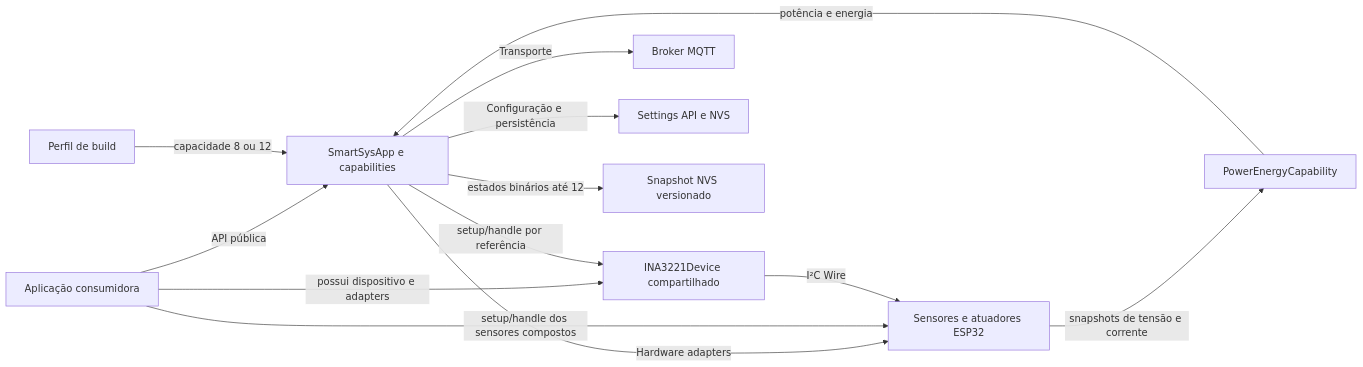
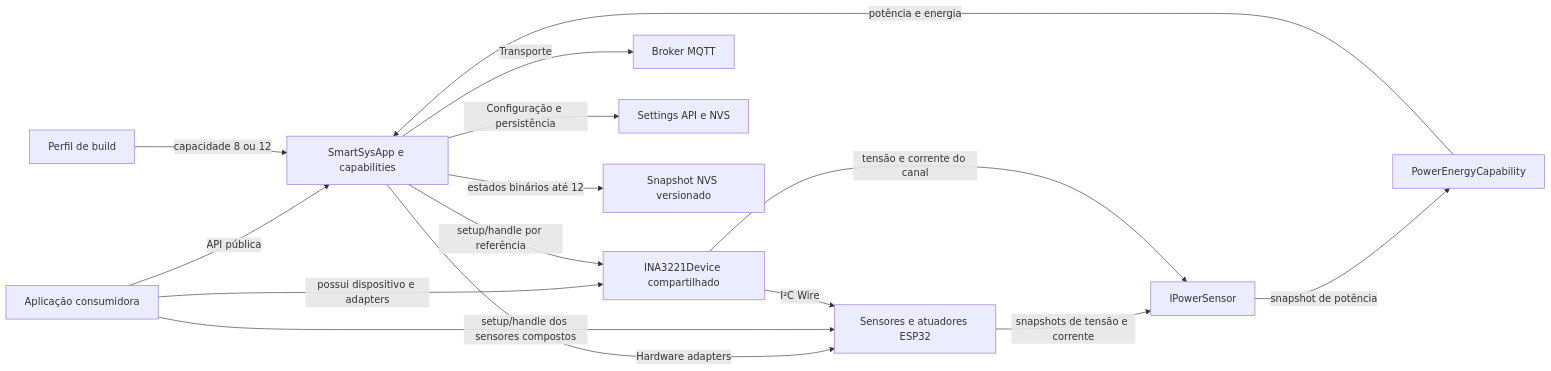
One commit to iotsmartsys/IoTSmartSysCore changed the diagram in docs/rfc/KNOWLEDGE-MAP.md. Above: the diagram before and after it, drawn with Mermaid. The commit also changed other lines of this file and 2 other files, not shown here.

Commit message:
docs: specify power sensor abstraction

````diff
--- a/docs/rfc/KNOWLEDGE-MAP.md
+++ b/docs/rfc/KNOWLEDGE-MAP.md
@@ -116,15 +114,17 @@
 ```mermaid
 flowchart LR
     APP["Aplicação consumidora"] -->|"API pública"| CORE["SmartSysApp e capabilities"]
     PROFILE["Perfil de build"] -->|"capacidade 8 ou 12"| CORE
     CORE -->|"Hardware adapters"| HW["Sensores e atuadores ESP32"]
     APP -->|"setup/handle dos sensores compostos"| HW
     APP -->|"possui dispositivo e adapters"| INA["INA3221Device compartilhado"]
     CORE -->|"setup/handle por referência"| INA
     INA -->|"I²C Wire"| HW
-    HW -->|"snapshots de tensão e corrente"| POWER["PowerEnergyCapability"]
+    HW -->|"snapshots de tensão e corrente"| PSENSOR["IPowerSensor"]
+    INA -->|"tensão e corrente do canal"| PSENSOR
+    PSENSOR -->|"snapshot de potência"| POWER["PowerEnergyCapability"]
     POWER -->|"potência e energia"| CORE
     CORE -->|"Transporte"| MQTT["Broker MQTT"]
     CORE -->|"Configuração e persistência"| SETTINGS["Settings API e NVS"]
     CORE -->|"estados binários até 12"| BCS["Snapshot NVS versionado"]
 ```
````
